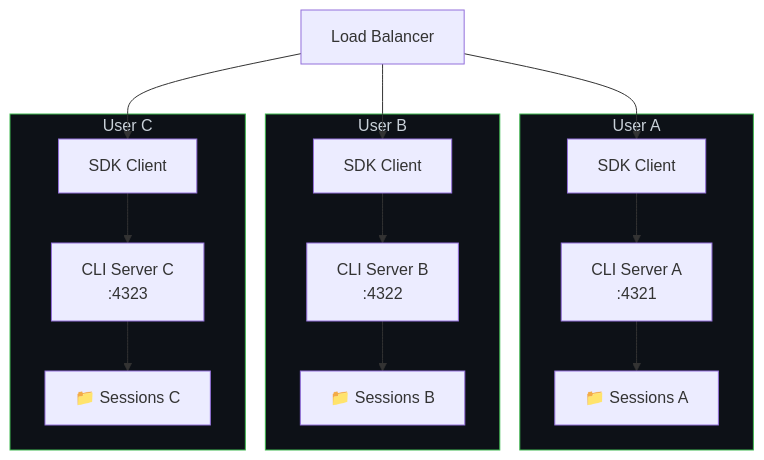
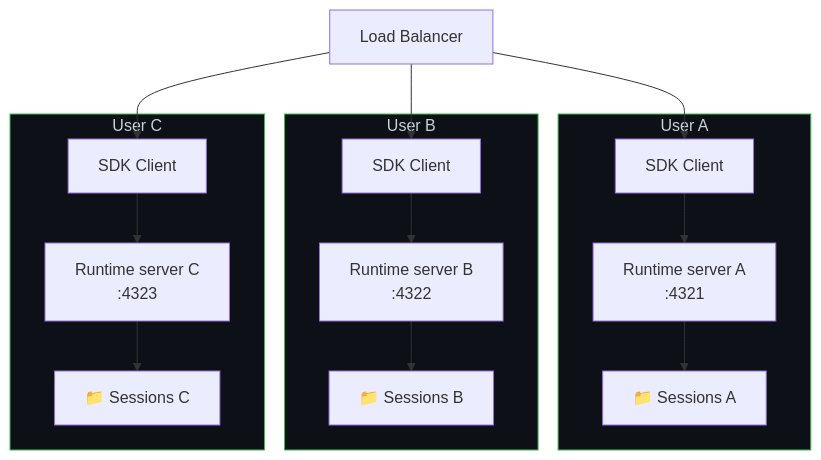
Before and after one commit to jeremiahjordanisaacson/copilot-sdk-supercharged: the second of 10 diagrams in docs/setup/scaling.md, drawn with Mermaid. The commit also changed other lines of this file and 35 other files, not shown here.

````diff
--- a/docs/setup/scaling.md
+++ b/docs/setup/scaling.md
@@ -35,27 +35,27 @@
 ```mermaid
 flowchart TB
     LB["Load Balancer"]
 
     subgraph User_A["User A"]
-        SDK_A["SDK Client"] --> CLI_A["CLI Server A<br/>:4321"]
-        CLI_A --> SA["📁 Sessions A"]
+        SDK_A["SDK Client"] --> RT_A["Runtime server A<br/>:4321"]
+        RT_A --> SA["📁 Sessions A"]
     end
 
     subgraph User_B["User B"]
-        SDK_B["SDK Client"] --> CLI_B["CLI Server B<br/>:4322"]
-        CLI_B --> SB["📁 Sessions B"]
+        SDK_B["SDK Client"] --> RT_B["Runtime server B<br/>:4322"]
+        RT_B --> SB["📁 Sessions B"]
     end
 
     subgraph User_C["User C"]
-        SDK_C["SDK Client"] --> CLI_C["CLI Server C<br/>:4323"]
-        CLI_C --> SC["📁 Sessions C"]
+        SDK_C["SDK Client"] --> RT_C["Runtime server C<br/>:4323"]
+        RT_C --> SC["📁 Sessions C"]
     end
 
     LB --> SDK_A
     LB --> SDK_B
     LB --> SDK_C
 
     style User_A fill:#0d1117,stroke:#3fb950,color:#c9d1d9
     style User_B fill:#0d1117,stroke:#3fb950,color:#c9d1d9
     style User_C fill:#0d1117,stroke:#3fb950,color:#c9d1d9
 ```
````
